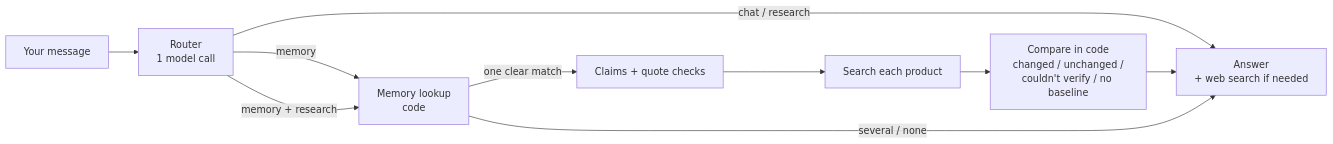
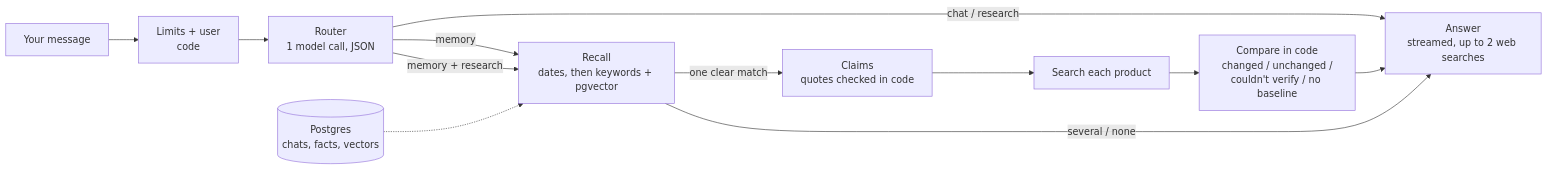
One commit to Shyam1922/Neko changed the diagram in README.md. Above: the diagram before and after it, drawn with Mermaid. The commit also changed other lines of this file and 4 other files, not shown here.

````diff
--- a/README.md
+++ b/README.md
@@ -146,12 +82,14 @@
 ```mermaid
 flowchart LR
-  Q[Your message] --> R[Router<br/>1 model call]
-  R -->|chat / research| A[Answer<br/>+ web search if needed]
-  R -->|memory| M[Memory lookup<br/>code]
+  Q[Your message] --> L[Limits + user<br/>code]
+  L --> R[Router<br/>1 model call, JSON]
+  R -->|chat / research| A[Answer<br/>streamed, up to 2 web searches]
+  R -->|memory| M[Recall<br/>dates, then keywords + pgvector]
   R -->|memory + research| M
-  M -->|one clear match| C[Claims + quote checks]
+  M -->|one clear match| C[Claims<br/>quotes checked in code]
   C --> S[Search each product]
   S --> V[Compare in code<br/>changed / unchanged /<br/>couldn't verify / no baseline]
   V --> A
   M -->|several / none| A
+  DB[(Postgres<br/>chats, facts, vectors)] -.-> M
 ```
````
